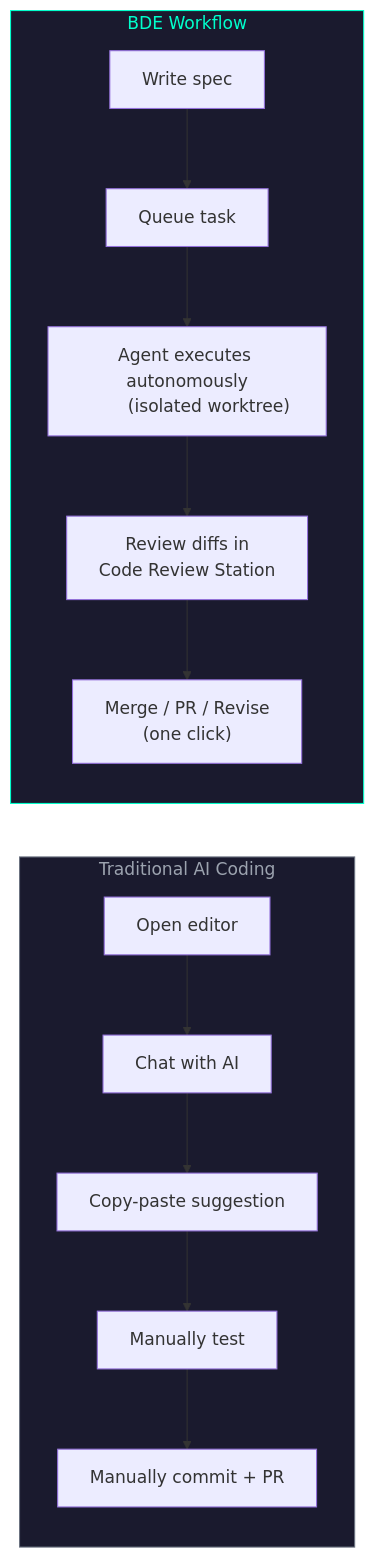
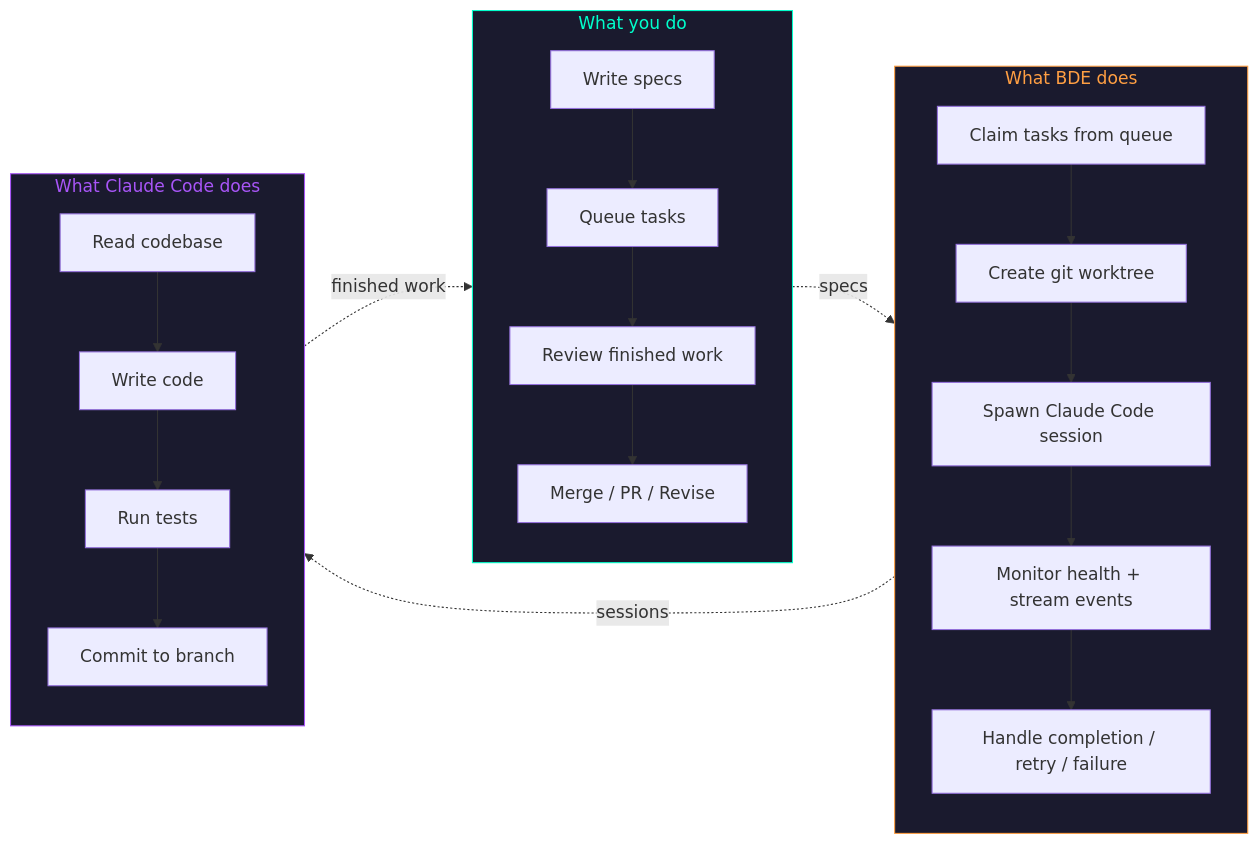
The fourth of 4 diagrams in README.md (RyanJBirkeland/BDE), drawn with Mermaid before and after one commit. The commit also changed other lines of this file, not shown here.

Commit message:
chore: reframe README — BDE as steering system for Claude Code, not standalone AI

````diff
--- a/README.md
+++ b/README.md
@@ -305,22 +321,29 @@
 ```mermaid
 graph LR
-    subgraph Traditional["Traditional AI Coding"]
-        T1[Open editor] --> T2[Chat with AI]
-        T2 --> T3[Copy-paste suggestion]
-        T3 --> T4[Manually test]
-        T4 --> T5[Manually commit + PR]
+    subgraph You["What you do"]
+        Y1["Write specs"] --> Y2["Queue tasks"]
+        Y2 --> Y3["Review finished work"]
+        Y3 --> Y4["Merge / PR / Revise"]
     end
 
-    subgraph BDE["BDE Workflow"]
-        B1[Write spec] --> B2[Queue task]
-        B2 --> B3["Agent executes autonomously
-        (isolated worktree)"]
-        B3 --> B4["Review diffs in
-        Code Review Station"]
-        B4 --> B5["Merge / PR / Revise
-        (one click)"]
+    subgraph BDE["What BDE does"]
+        B1["Claim tasks from queue"] --> B2["Create git worktree"]
+        B2 --> B3["Spawn Claude Code session"]
+        B3 --> B4["Monitor health + stream events"]
+        B4 --> B5["Handle completion / retry / failure"]
     end
 
-    style Traditional fill:#1a1a2e,stroke:#6b7280,color:#9ca3af
-    style BDE fill:#1a1a2e,stroke:#00ffcc,color:#00ffcc
+    subgraph CC["What Claude Code does"]
+        C1["Read codebase"] --> C2["Write code"]
+        C2 --> C3["Run tests"]
+        C3 --> C4["Commit to branch"]
+    end
+
+    You -.->|specs| BDE
+    BDE -.->|sessions| CC
+    CC -.->|finished work| You
+
+    style You fill:#1a1a2e,stroke:#00ffcc,color:#00ffcc
+    style BDE fill:#1a1a2e,stroke:#ff9f43,color:#ff9f43
+    style CC fill:#1a1a2e,stroke:#a855f7,color:#a855f7
 ```
````
